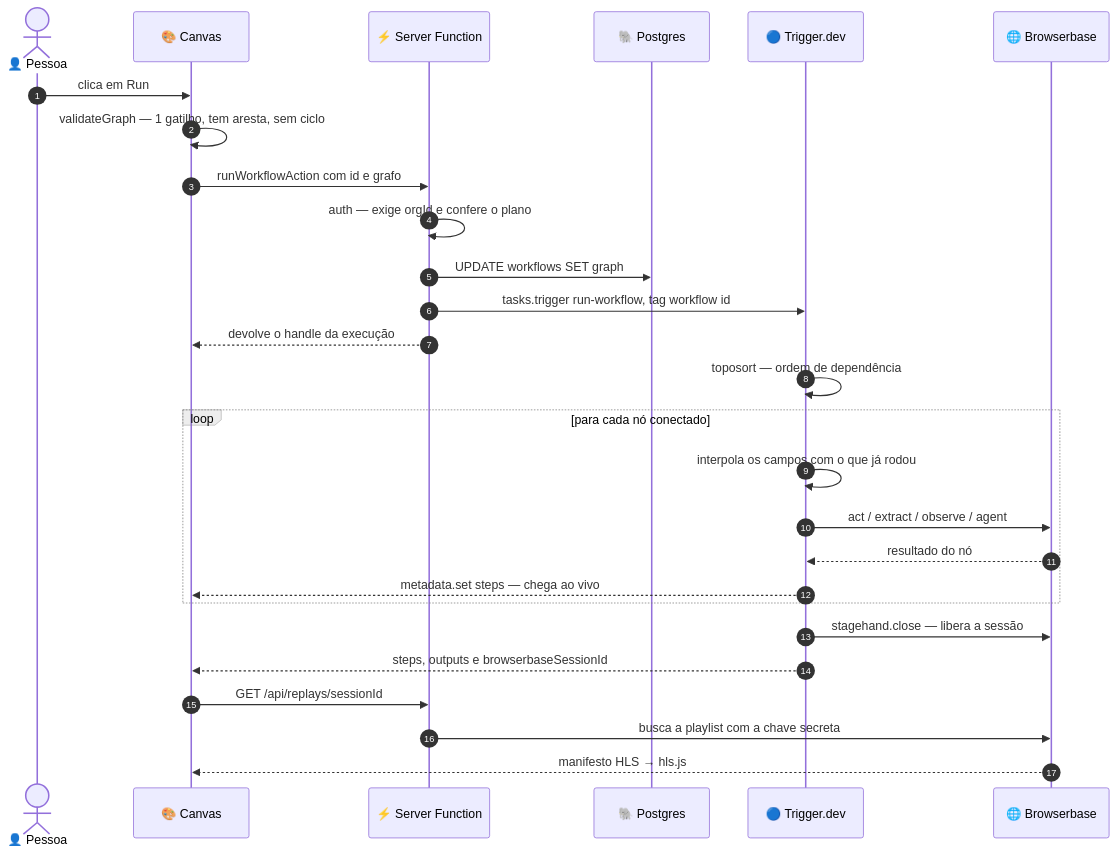
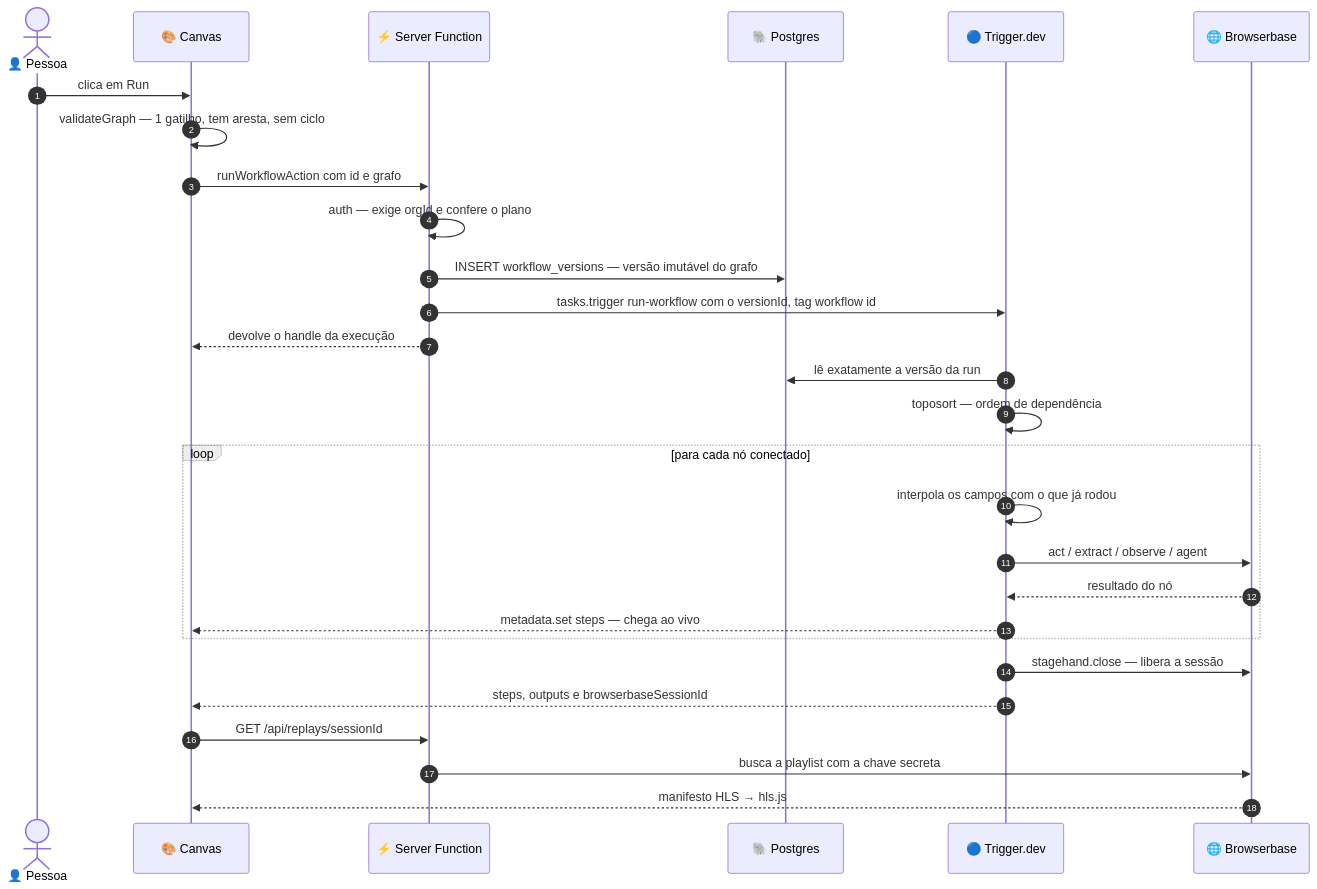
The first of 6 diagrams in README.md (renatomf/nextjs-switchboard), drawn with Mermaid before and after one commit. The commit also changed other lines of this file and 2 other files, not shown here.

First line of the commit message:
docs: record immutable workflow versions (ADR 0002)

````diff
--- a/README.md
+++ b/README.md
@@ -109,35 +109,36 @@
 ```mermaid
 %%{init: {'themeVariables': {'clusterBkg': 'rgba(127,127,127,0.14)', 'clusterBorder': 'rgba(127,127,127,0.50)', 'noteBkgColor': 'rgba(127,127,127,0.14)', 'noteBorderColor': 'rgba(127,127,127,0.50)', 'labelBoxBkgColor': 'rgba(127,127,127,0.14)', 'labelBoxBorderColor': 'rgba(127,127,127,0.50)'}}}%%
 sequenceDiagram
     autonumber
     actor P as 👤 Pessoa
     participant C as 🎨 Canvas
     participant A as ⚡ Server Function
     participant PG as 🐘 Postgres
     participant T as 🔵 Trigger.dev
     participant B as 🌐 Browserbase
 
     P->>C: clica em Run
     C->>C: validateGraph — 1 gatilho, tem aresta, sem ciclo
     C->>A: runWorkflowAction com id e grafo
     A->>A: auth — exige orgId e confere o plano
-    A->>PG: UPDATE workflows SET graph
-    A->>T: tasks.trigger run-workflow, tag workflow id
+    A->>PG: INSERT workflow_versions — versão imutável do grafo
+    A->>T: tasks.trigger run-workflow com o versionId, tag workflow id
     A-->>C: devolve o handle da execução
 
+    T->>PG: lê exatamente a versão da run
     T->>T: toposort — ordem de dependência
 
     loop para cada nó conectado
         T->>T: interpola os campos com o que já rodou
         T->>B: act / extract / observe / agent
         B-->>T: resultado do nó
         T-->>C: metadata.set steps — chega ao vivo
     end
 
     T->>B: stagehand.close — libera a sessão
     T-->>C: steps, outputs e browserbaseSessionId
 
     C->>A: GET /api/replays/sessionId
     A->>B: busca a playlist com a chave secreta
     B-->>C: manifesto HLS → hls.js
 ```
````
